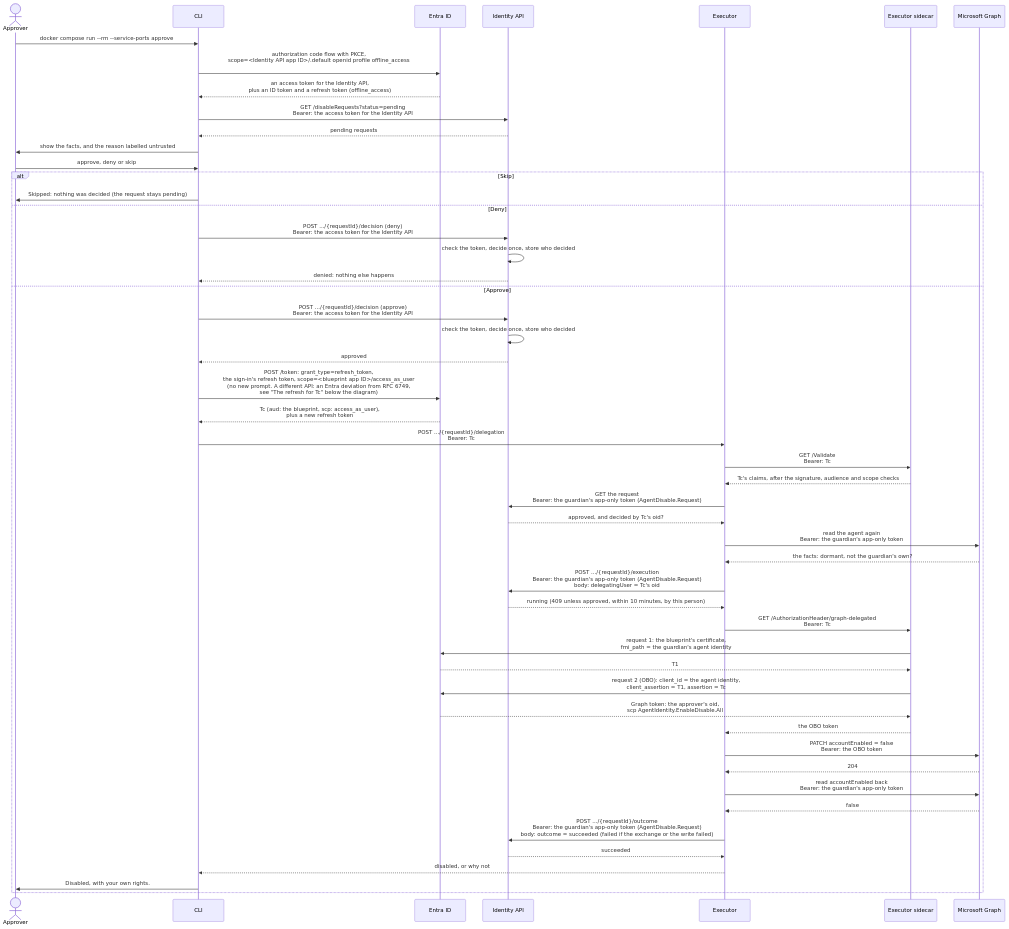
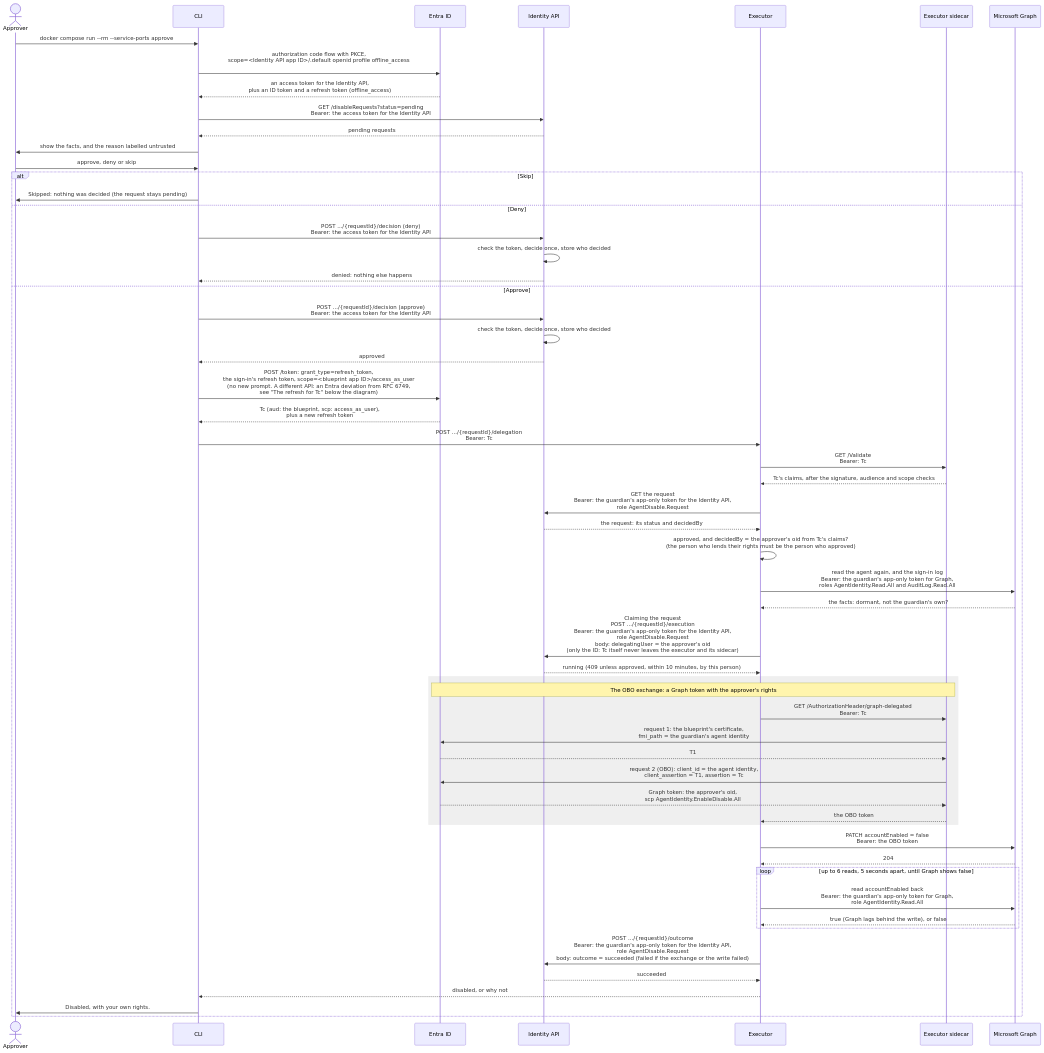
One commit to alireza-mpr/agent-steward changed the fourth of 6 diagrams in docs/agent-steward-architecture.md. Above: the diagram before and after it, drawn with Mermaid. The commit also changed other lines of this file and 17 other files, not shown here.

First line of the commit message:
feat(observability): audit lines in Loki, Grafana, and an Agent disables dashboard

````diff
--- a/docs/agent-steward-architecture.md
+++ b/docs/agent-steward-architecture.md
@@ -276,55 +283,61 @@
 ```mermaid
 sequenceDiagram
     actor P as Approver
     participant C as CLI
     participant E as Entra ID
     participant A as Identity API
     participant X as Executor
     participant S as Executor sidecar
     participant G as Microsoft Graph
 
     P->>C: docker compose run --rm --service-ports approve
     C->>E: authorization code flow with PKCE,<br/>scope=#lt;Identity API app ID#gt;/.default openid profile offline_access<br/>
     E-->>C: an access token for the Identity API,<br/>plus an ID token and a refresh token (offline_access)
     C->>A: GET /disableRequests?status=pending<br/>Bearer: the access token for the Identity API
     A-->>C: pending requests
     C->>P: show the facts, and the reason labelled untrusted
     P->>C: approve, deny or skip
 
     alt Skip
         C->>P: Skipped: nothing was decided (the request stays pending)
     else Deny
         C->>A: POST .../{requestId}/decision (deny)<br/>Bearer: the access token for the Identity API
         A->>A: check the token, decide once, store who decided
         A-->>C: denied: nothing else happens
     else Approve
         C->>A: POST .../{requestId}/decision (approve)<br/>Bearer: the access token for the Identity API
         A->>A: check the token, decide once, store who decided
         A-->>C: approved
         C->>E: POST /token: grant_type=refresh_token,<br/>the sign-in's refresh token, scope=#lt;blueprint app ID#gt;/access_as_user<br/>(no new prompt. A different API: an Entra deviation from RFC 6749,<br/>see "The refresh for Tc" below the diagram)
         E-->>C: Tc (aud: the blueprint, scp: access_as_user),<br/>plus a new refresh token
         C->>X: POST .../{requestId}/delegation<br/>Bearer: Tc
         X->>S: GET /Validate<br/>Bearer: Tc
         S-->>X: Tc's claims, after the signature, audience and scope checks
-        X->>A: GET the request<br/>Bearer: the guardian's app-only token (AgentDisable.Request)
-        A-->>X: approved, and decided by Tc's oid?
-        X->>G: read the agent again<br/>Bearer: the guardian's app-only token
+        X->>A: GET the request<br/>Bearer: the guardian's app-only token for the Identity API,<br/>role AgentDisable.Request
+        A-->>X: the request: its status and decidedBy
+        X->>X: approved, and decidedBy = the approver's oid from Tc's claims?<br/>(the person who lends their rights must be the person who approved)
+        X->>G: read the agent again, and the sign-in log<br/>Bearer: the guardian's app-only token for Graph,<br/>roles AgentIdentity.Read.All and AuditLog.Read.All
         G-->>X: the facts: dormant, not the guardian's own?
-        X->>A: POST .../{requestId}/execution<br/>Bearer: the guardian's app-only token (AgentDisable.Request)<br/>body: delegatingUser = Tc's oid
+        X->>A: Claiming the request<br/>POST .../{requestId}/execution<br/>Bearer: the guardian's app-only token for the Identity API,<br/>role AgentDisable.Request<br/>body: delegatingUser = the approver's oid<br/>(only the ID: Tc itself never leaves the executor and its sidecar)
         A-->>X: running (409 unless approved, within 10 minutes, by this person)
-        X->>S: GET /AuthorizationHeader/graph-delegated<br/>Bearer: Tc
-        S->>E: request 1: the blueprint's certificate,<br/>fmi_path = the guardian's agent identity
-        E-->>S: T1
-        S->>E: request 2 (OBO): client_id = the agent identity,<br/>client_assertion = T1, assertion = Tc
-        E-->>S: Graph token: the approver's oid,<br/>scp AgentIdentity.EnableDisable.All
-        S-->>X: the OBO token
+        rect rgba(127, 127, 127, 0.12)
+            Note over E,S: The OBO exchange: a Graph token with the approver's rights
+            X->>S: GET /AuthorizationHeader/graph-delegated<br/>Bearer: Tc
+            S->>E: request 1: the blueprint's certificate,<br/>fmi_path = the guardian's agent identity
+            E-->>S: T1
+            S->>E: request 2 (OBO): client_id = the agent identity,<br/>client_assertion = T1, assertion = Tc
+            E-->>S: Graph token: the approver's oid,<br/>scp AgentIdentity.EnableDisable.All
+            S-->>X: the OBO token
+        end
         X->>G: PATCH accountEnabled = false<br/>Bearer: the OBO token
         G-->>X: 204
-        X->>G: read accountEnabled back<br/>Bearer: the guardian's app-only token
-        G-->>X: false
-        X->>A: POST .../{requestId}/outcome<br/>Bearer: the guardian's app-only token (AgentDisable.Request)<br/>body: outcome = succeeded (failed if the exchange or the write failed)
+        loop up to 6 reads, 5 seconds apart, until Graph shows false
+            X->>G: read accountEnabled back<br/>Bearer: the guardian's app-only token for Graph,<br/>role AgentIdentity.Read.All
+            G-->>X: true (Graph lags behind the write), or false
+        end
+        X->>A: POST .../{requestId}/outcome<br/>Bearer: the guardian's app-only token for the Identity API,<br/>role AgentDisable.Request<br/>body: outcome = succeeded (failed if the exchange or the write failed)
         A-->>X: succeeded
         X-->>C: disabled, or why not
         C->>P: Disabled, with your own rights.
     end
 ```
````
